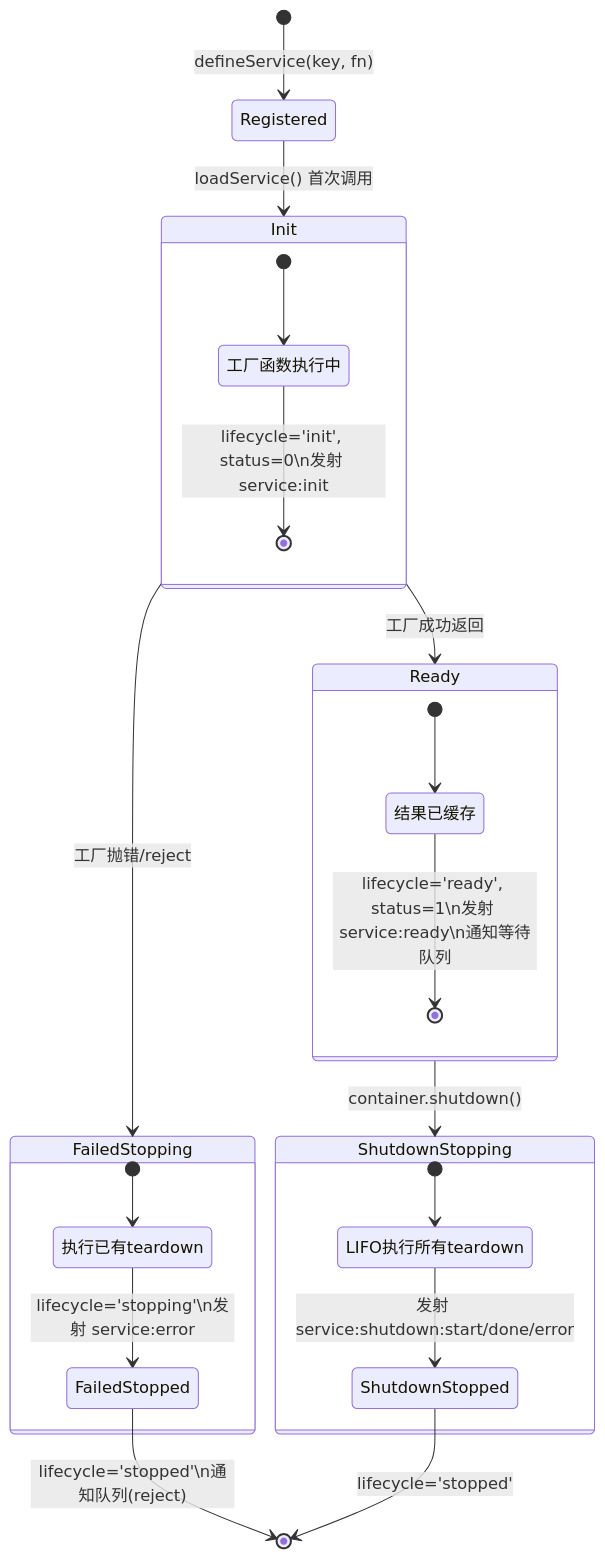
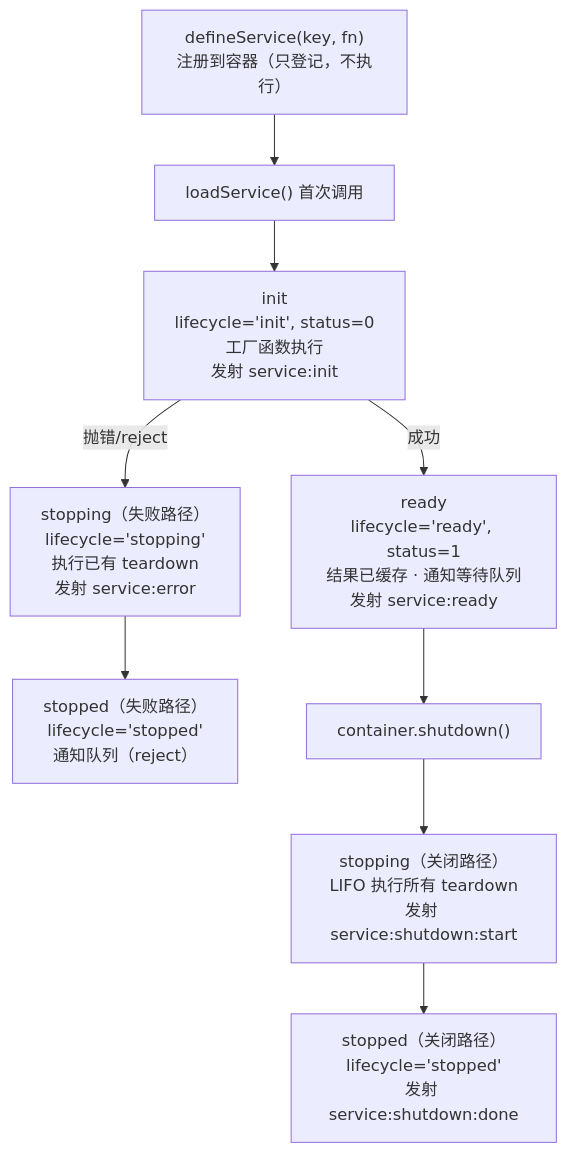
The diagram in docs/fundamentals/lifecycle-and-events.mdx (cevio/hile), drawn with Mermaid before and after one commit.

Commit message:
fix: replace stateDiagram-v2 with flowchart in lifecycle docs
stateDiagram-v2 is Mermaid 10+ syntax not supported by the Mintlify renderer

````diff
--- a/docs/fundamentals/lifecycle-and-events.mdx
+++ b/docs/fundamentals/lifecycle-and-events.mdx
@@ -12,34 +12,21 @@
 ```mermaid
-stateDiagram-v2
-    [*] --> Registered: defineService(key, fn)
-    Registered --> Init: loadService() 首次调用
+flowchart TB
+    A["defineService(key, fn)<br/>注册到容器（只登记，不执行）"]
+    B["loadService() 首次调用"]
+    C["init<br/>lifecycle='init', status=0<br/>工厂函数执行<br/>发射 service:init"]
+    D["ready<br/>lifecycle='ready', status=1<br/>结果已缓存 · 通知等待队列<br/>发射 service:ready"]
+    E["stopping（失败路径）<br/>lifecycle='stopping'<br/>执行已有 teardown<br/>发射 service:error"]
+    F["stopped（失败路径）<br/>lifecycle='stopped'<br/>通知队列（reject）"]
+    G["container.shutdown()"]
+    H["stopping（关闭路径）<br/>LIFO 执行所有 teardown<br/>发射 service:shutdown:start"]
+    I["stopped（关闭路径）<br/>lifecycle='stopped'<br/>发射 service:shutdown:done"]
 
-    state Init {
-        [*] --> 工厂函数执行中
-        工厂函数执行中 --> [*]: lifecycle='init', status=0\n发射 service:init
-    }
-
-    Init --> Ready: 工厂成功返回
-    Init --> FailedStopping: 工厂抛错/reject
-
-    state Ready {
-        [*] --> 结果已缓存
-        结果已缓存 --> [*]: lifecycle='ready', status=1\n发射 service:ready\n通知等待队列
-    }
-
-    Ready --> ShutdownStopping: container.shutdown()
-
-    state FailedStopping {
-        [*] --> 执行已有teardown
-        执行已有teardown --> FailedStopped: lifecycle='stopping'\n发射 service:error
-    }
-
-    FailedStopped --> [*]: lifecycle='stopped'\n通知队列(reject)
-
-    state ShutdownStopping {
-        [*] --> LIFO执行所有teardown
-        LIFO执行所有teardown --> ShutdownStopped: 发射 service:shutdown:start/done/error
-    }
-
-    ShutdownStopped --> [*]: lifecycle='stopped'
+    A --> B
+    B --> C
+    C -->|成功| D
+    C -->|抛错/reject| E
+    E --> F
+    D --> G
+    G --> H
+    H --> I
 ```
````
